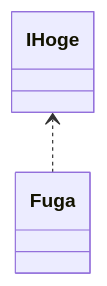
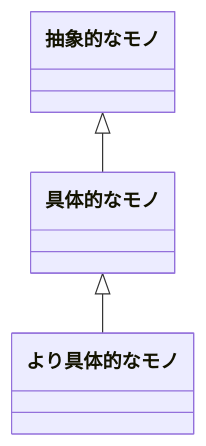
The second of 6 diagrams in UML/クラス図.md (rendya2501/til), drawn with Mermaid before and after one commit. The commit also changed other lines of this file and 14 other files, not shown here.

Commit message:
・整理 ・クラス図 ・文字コード ・Task

````diff
--- a/UML/クラス図.md
+++ b/UML/クラス図.md
@@ -33,6 +46,7 @@
 ``` mermaid
 classDiagram
 direction BT
 
-Fuga ..> IHoge
+具体的なモノ --|> 抽象的なモノ
+より具体的なモノ --|> 具体的なモノ
 ```
````
